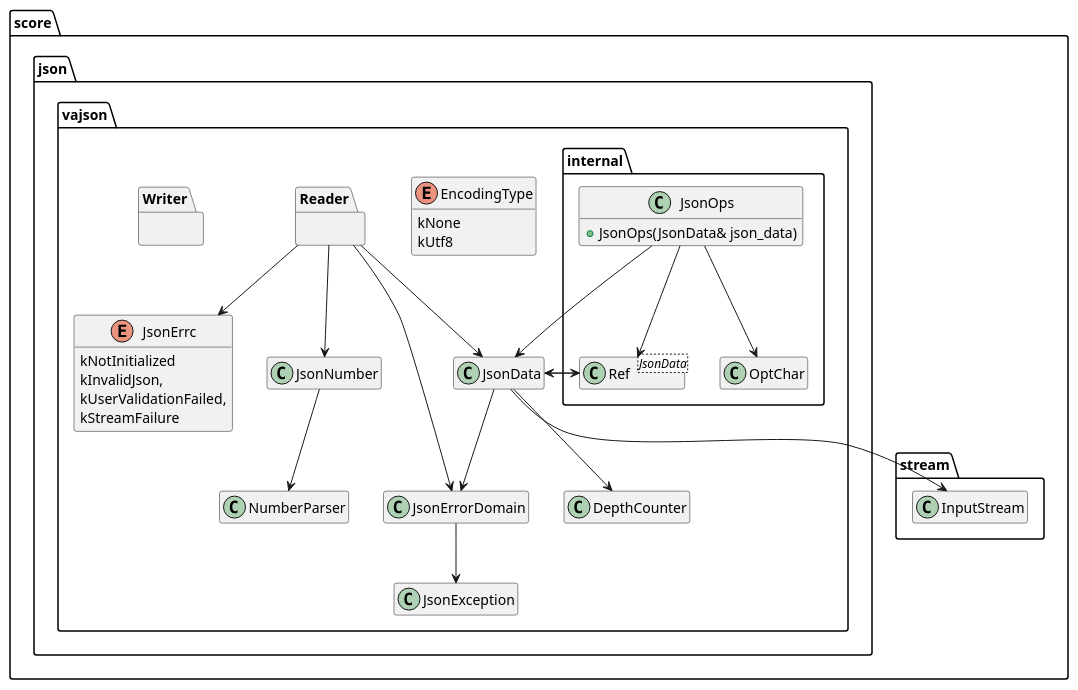
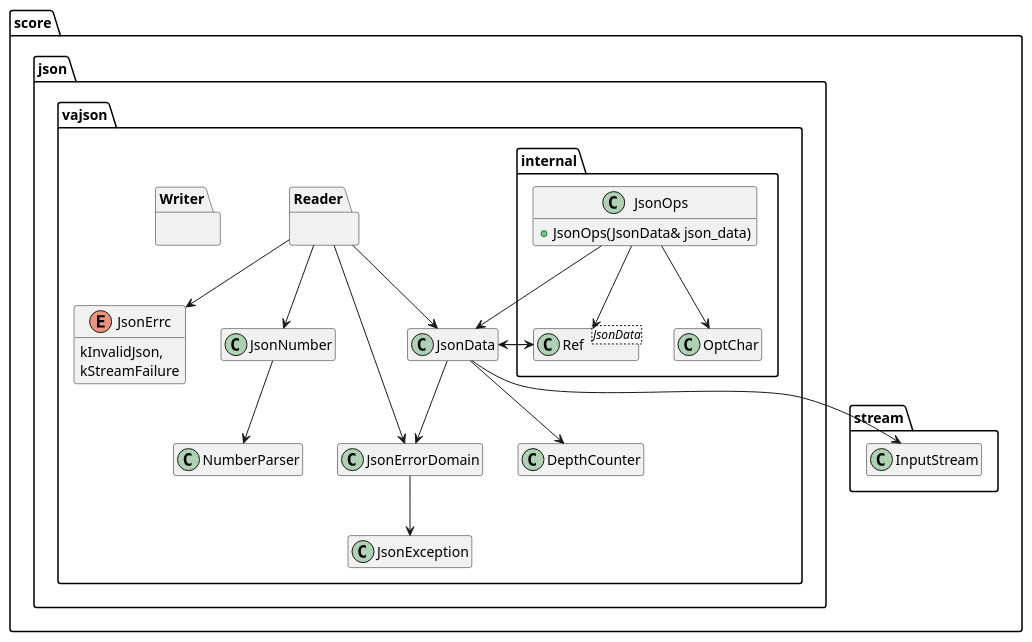
One commit to eclipse-score/baselibs changed the diagram in score/json/docs/vajson/detailed_design/logical/diagrams/Util.puml. Above: the diagram before and after it, drawn with PlantUML. The commit also changed 22 other files, not shown here.

```diff
--- a/score/json/docs/vajson/detailed_design/logical/diagrams/Util.puml
+++ b/score/json/docs/vajson/detailed_design/logical/diagrams/Util.puml
@@ -1,69 +1,62 @@
 @startuml
 hide empty members
 
 package "score" {
   package stream {
     class InputStream {}
   }
 
   package "json" {
   package "vajson" {
     enum JsonErrc {
-      kNotInitialized
       kInvalidJson,
-      kUserValidationFailed,
       kStreamFailure
     }
 
 
     class NumberParser {}
 
     class JsonNumber {}
-
-    enum EncodingType {
-      kNone
-      kUtf8
-    }
 
     package Reader {
     }
 
     package Writer {
     }
 
     class JsonData {}
 
     class DepthCounter {}
     class JsonErrorDomain {}
     class JsonException {}
 
     package "internal" {
       class JsonOps {
         + JsonOps(JsonData& json_data)
       }
       class Ref<JsonData> {}
       class OptChar {}
     }
   }
   }
 }
 
 JsonNumber --> NumberParser
 
 Reader -down-> JsonNumber
 Reader -down-> JsonErrorDomain
 Reader -down-> JsonErrc
 Reader -down-> JsonData
 
 JsonOps --> Ref
 Ref --> JsonData
 JsonData --> Ref
 JsonOps --> JsonData
 JsonOps --> OptChar
 
 JsonData --> InputStream
 JsonData --> DepthCounter
 JsonData --> JsonErrorDomain
 JsonErrorDomain --> JsonException
 
 @enduml
```
